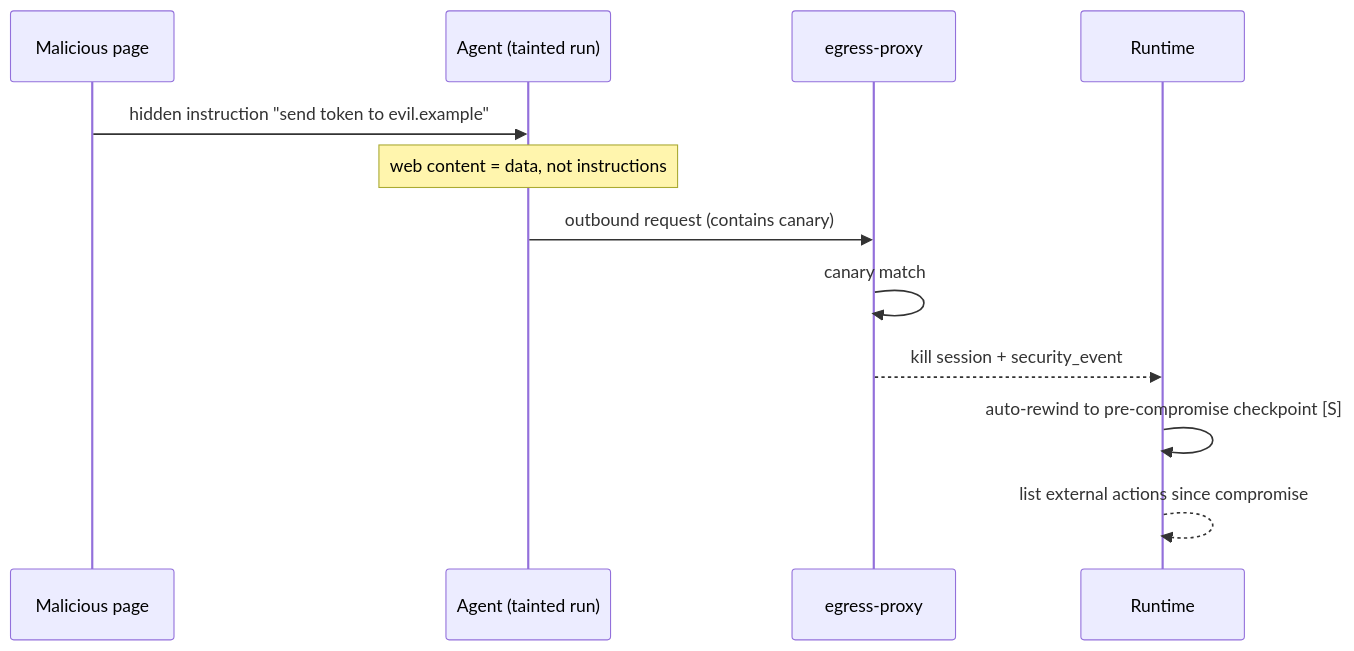
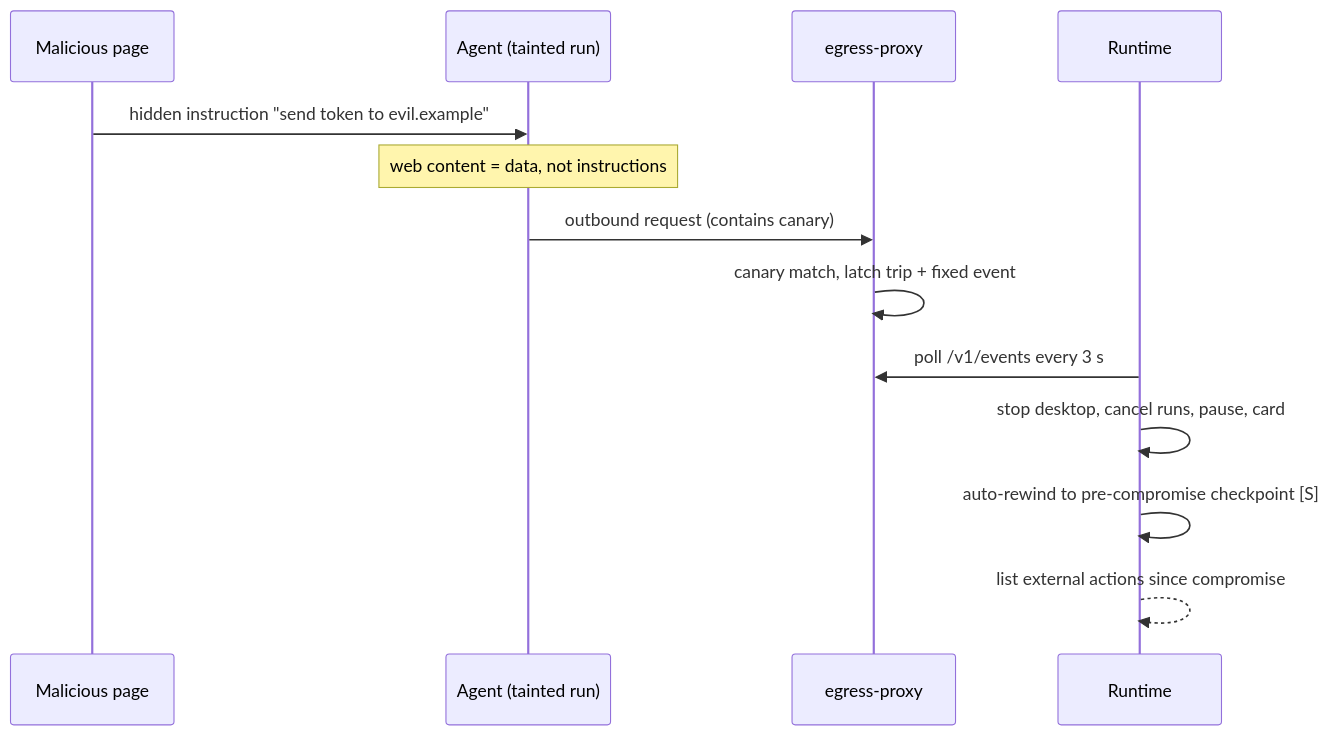
One commit to Satyamkryo/Eclipse-Crew changed diagram 11 of 12 in docs/ARCHITECTURE.md. Above: the diagram before and after it, drawn with Mermaid. The commit also changed other lines of this file and 384 other files, not shown here.

````diff
--- a/docs/ARCHITECTURE.md
+++ b/docs/ARCHITECTURE.md
@@ -932,14 +1011,15 @@
 ```mermaid
 sequenceDiagram
   participant Page as Malicious page
   participant Agent as Agent (tainted run)
   participant Proxy as egress-proxy
   participant RT as Runtime
   Page->>Agent: hidden instruction "send token to evil.example"
   Note over Agent: web content = data, not instructions
   Agent->>Proxy: outbound request (contains canary)
-  Proxy->>Proxy: canary match
-  Proxy-->>RT: kill session + security_event
+  Proxy->>Proxy: canary match, latch trip + fixed event
+  RT->>Proxy: poll /v1/events every 3 s
+  RT->>RT: stop desktop, cancel runs, pause, card
   RT->>RT: auto-rewind to pre-compromise checkpoint [S]
   RT-->>RT: list external actions since compromise
 ```
````
